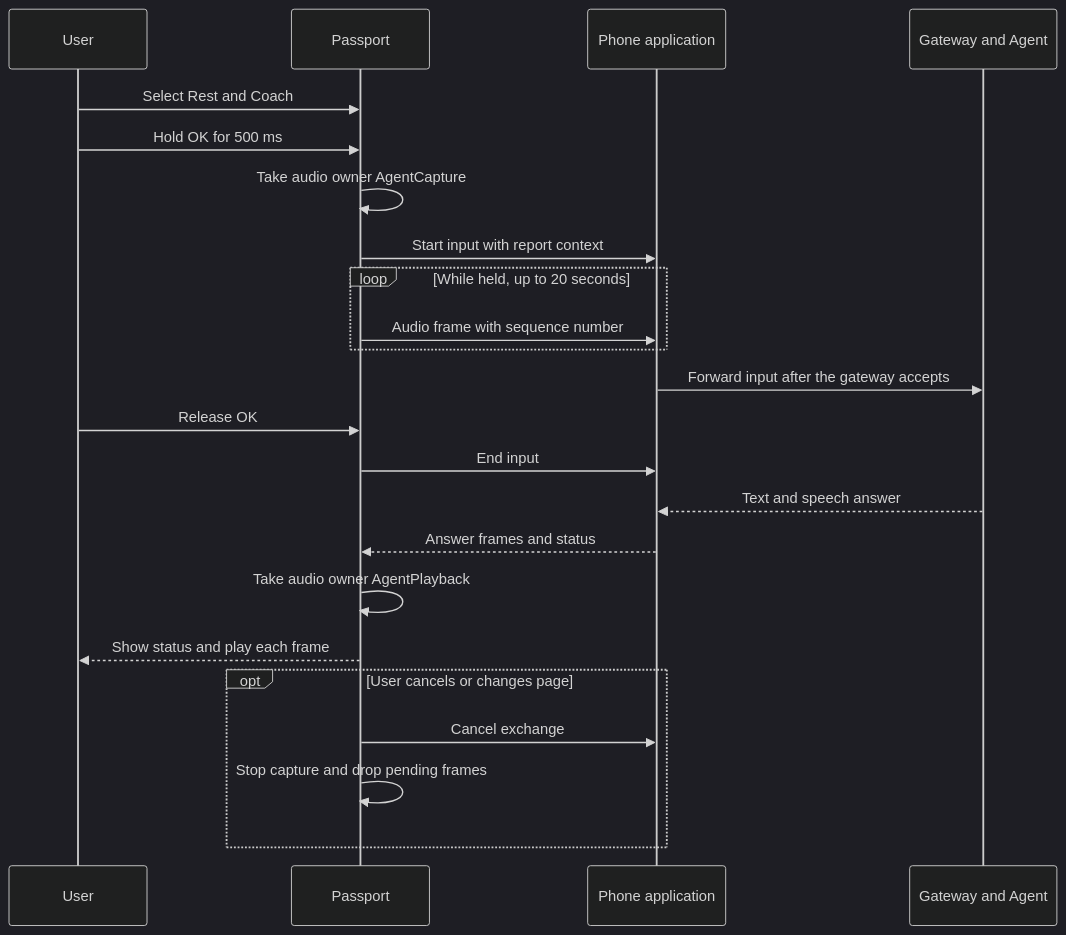
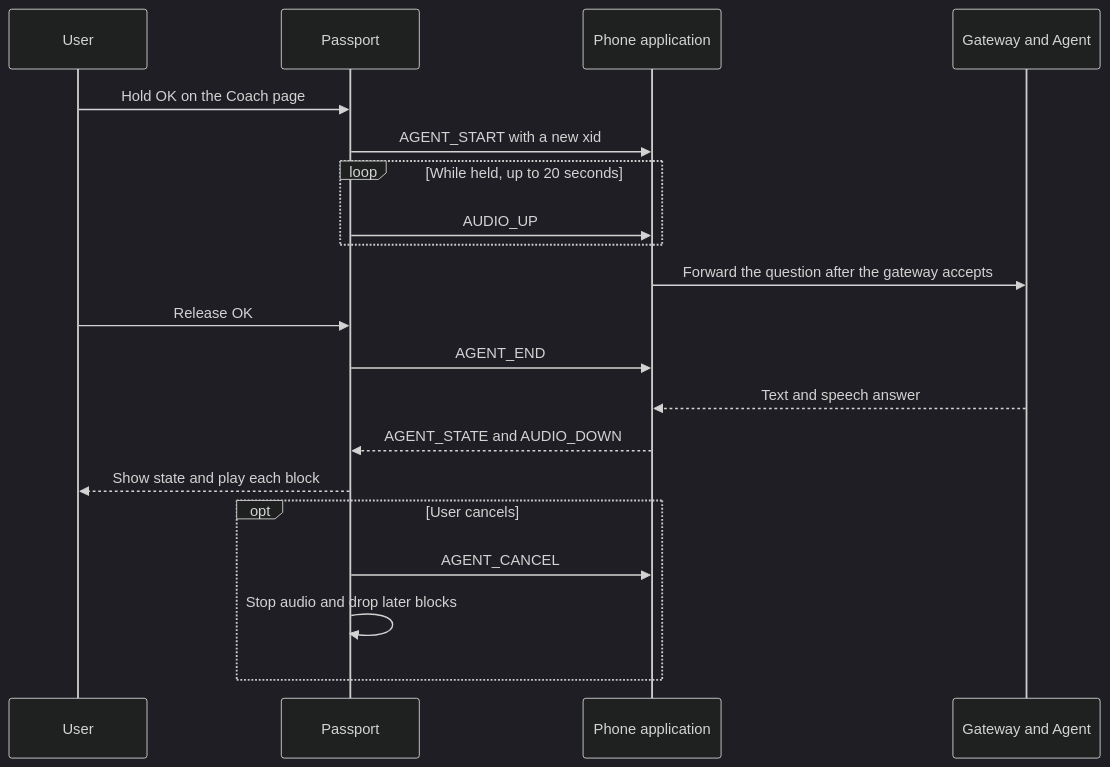
Before and after one commit to Azuresword/Heygo-AiPassport: the second of 2 diagrams in 需求文件夹/02-architecture.md, drawn with Mermaid (dark theme). The commit also changed other lines of this file and 17 other files, not shown here.

````diff
--- a/需求文件夹/02-architecture.md
+++ b/需求文件夹/02-architecture.md
@@ -403,25 +128,22 @@
 ```mermaid
 sequenceDiagram
     participant U as User
     participant P as Passport
     participant A as Phone application
     participant G as Gateway and Agent
-    U->>P: Select Rest and Coach
-    U->>P: Hold OK for 500 ms
-    P->>P: Take audio owner AgentCapture
-    P->>A: Start input with report context
+    U->>P: Hold OK on the Coach page
+    P->>A: AGENT_START with a new xid
     loop While held, up to 20 seconds
-        P->>A: Audio frame with sequence number
+        P->>A: AUDIO_UP
     end
-    A->>G: Forward input after the gateway accepts
+    A->>G: Forward the question after the gateway accepts
     U->>P: Release OK
-    P->>A: End input
+    P->>A: AGENT_END
     G-->>A: Text and speech answer
-    A-->>P: Answer frames and status
-    P->>P: Take audio owner AgentPlayback
-    P-->>U: Show status and play each frame
-    opt User cancels or changes page
-        P->>A: Cancel exchange
-        P->>P: Stop capture and drop pending frames
+    A-->>P: AGENT_STATE and AUDIO_DOWN
+    P-->>U: Show state and play each block
+    opt User cancels
+        P->>A: AGENT_CANCEL
+        P->>P: Stop audio and drop later blocks
     end
 ```
````
